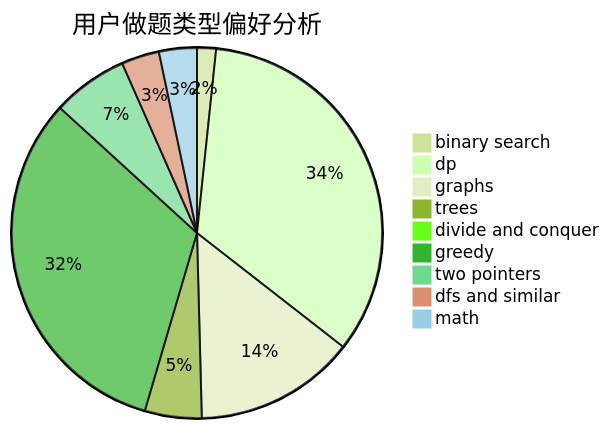
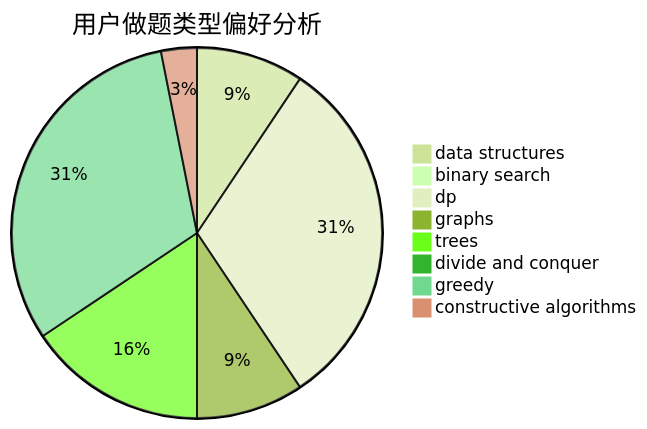
One commit to sherpahu/cfrs.github.io changed the second of 3 diagrams in docs/user/u2192.md. Above: the diagram before and after it, drawn with Mermaid (forest theme). The commit also changed other lines of this file and 2775 other files, not shown here.

````diff
--- a/docs/user/u2192.md
+++ b/docs/user/u2192.md
@@ -23,12 +23,11 @@
 ```mermaid
 pie title 用户做题类型偏好分析
-    "binary search" :  2
-    "dp" :  41
-    "graphs" :  17
-    "trees" :  6
+    "data structures" :  3
+    "binary search" :  0
+    "dp" :  10
+    "graphs" :  3
+    "trees" :  5
     "divide and conquer" :  0
-    "greedy" :  39
-    "two pointers" :  8
-    "dfs and similar" :  4
-    "math" :  4
+    "greedy" :  10
+    "constructive algorithms" :  1
 ```
````
